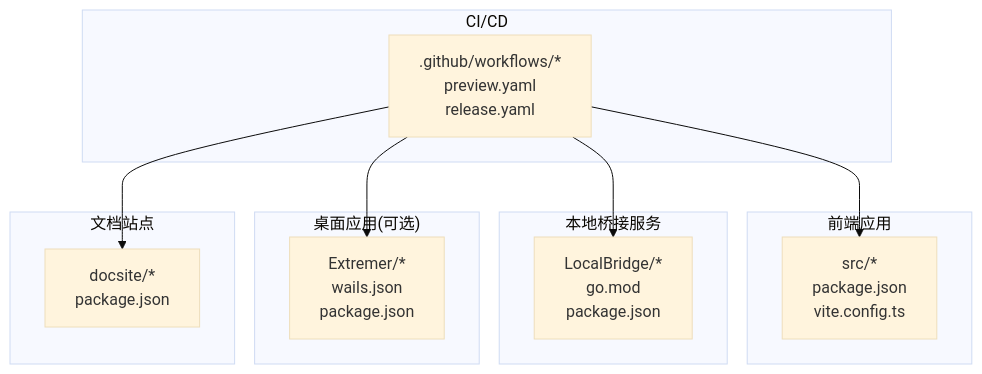
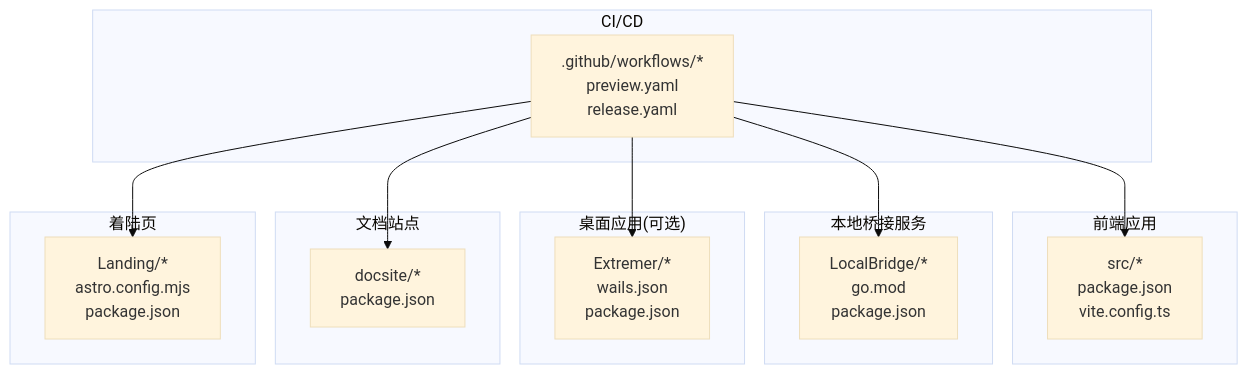
The first of 8 diagrams in .qoder/repowiki/zh/content/开发者指南/部署与发布/CI_CD流水线配置.md (kqcoxn/MaaPipelineEditor), drawn with Mermaid (base theme) before and after one commit. The commit also changed other lines of this file and 8 other files, not shown here.

````diff
--- a/.qoder/repowiki/zh/content/开发者指南/部署与发布/CI_CD流水线配置.md
+++ b/.qoder/repowiki/zh/content/开发者指南/部署与发布/CI_CD流水线配置.md
@@ -41,22 +51,26 @@
 ```mermaid
 graph TB
 subgraph "前端应用"
 FE["src/*<br/>package.json<br/>vite.config.ts"]
 end
 subgraph "本地桥接服务"
 LB["LocalBridge/*<br/>go.mod<br/>package.json"]
 end
 subgraph "桌面应用(可选)"
 EX["Extremer/*<br/>wails.json<br/>package.json"]
 end
 subgraph "文档站点"
 DOC["docsite/*<br/>package.json"]
 end
+subgraph "着陆页"
+LAND["Landing/*<br/>astro.config.mjs<br/>package.json"]
+end
 subgraph "CI/CD"
 GH[".github/workflows/*<br/>preview.yaml<br/>release.yaml"]
 end
 GH --> FE
 GH --> LB
 GH --> EX
 GH --> DOC
+GH --> LAND
 ```
````
